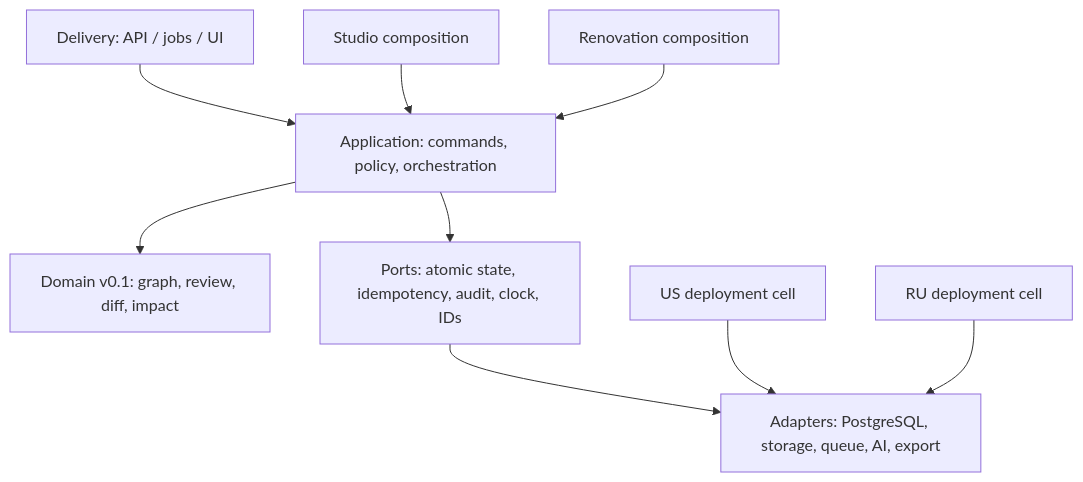
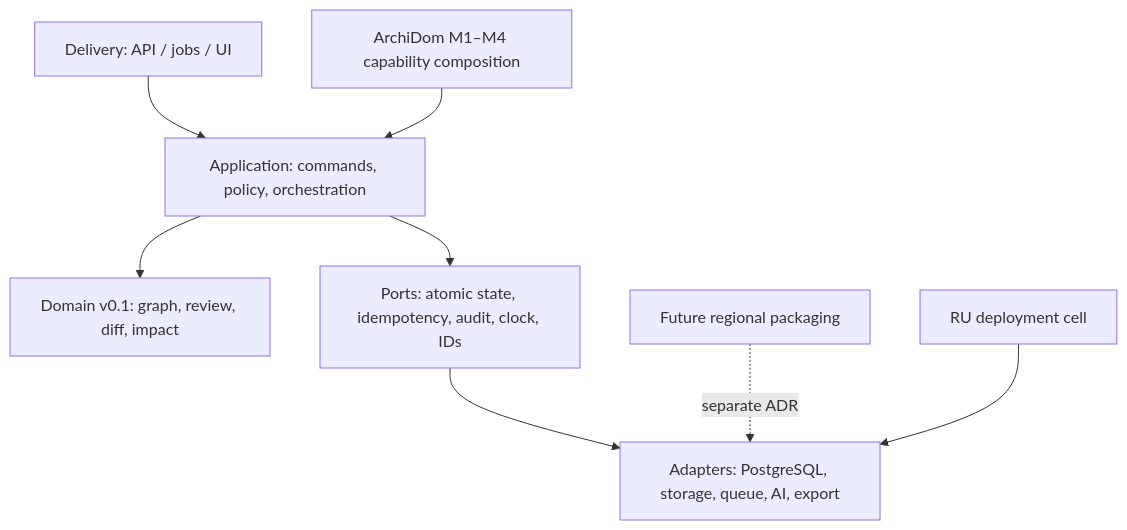
The diagram in docs/product-intelligence/architecture-v1.md (parkourcafe/design-interior2026.07), drawn with Mermaid before and after one commit. The commit also changed other lines of this file and 10 other files, not shown here.

Commit message:
docs: adopt ArchiDom Russia charter v0.4

````diff
--- a/docs/product-intelligence/architecture-v1.md
+++ b/docs/product-intelligence/architecture-v1.md
@@ -30,11 +39,10 @@
 ```mermaid
 flowchart TB
   Delivery["Delivery: API / jobs / UI"] --> Application["Application: commands, policy, orchestration"]
   Application --> Domain["Domain v0.1: graph, review, diff, impact"]
   Application --> Ports["Ports: atomic state, idempotency, audit, clock, IDs"]
   Ports --> Adapters["Adapters: PostgreSQL, storage, queue, AI, export"]
-  Studio["Studio composition"] --> Application
-  Renovation["Renovation composition"] --> Application
-  US["US deployment cell"] --> Adapters
+  M1M4["ArchiDom M1–M4 capability composition"] --> Application
+  FutureRegion["Future regional packaging"] -. separate ADR .-> Adapters
   RU["RU deployment cell"] --> Adapters
 ```
````
